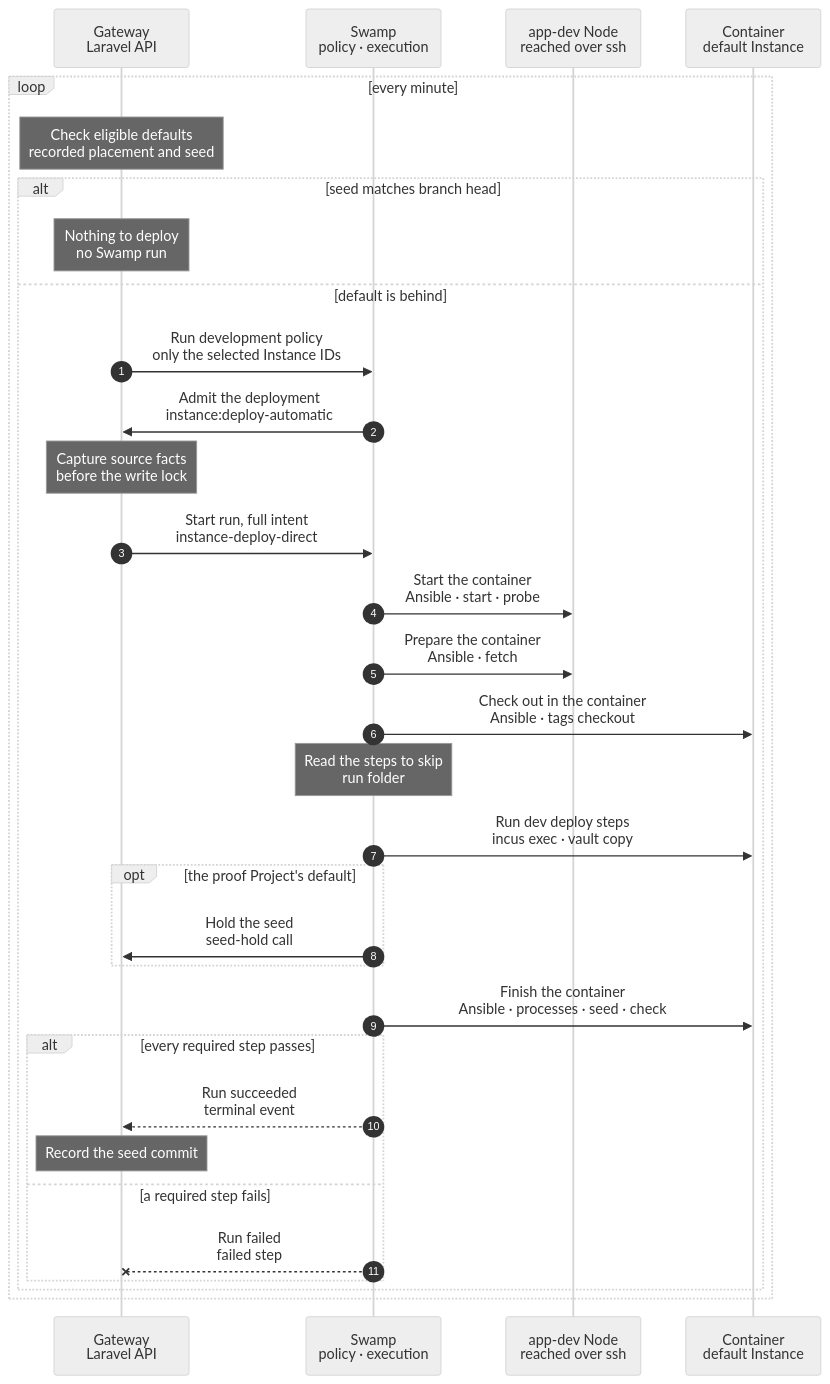
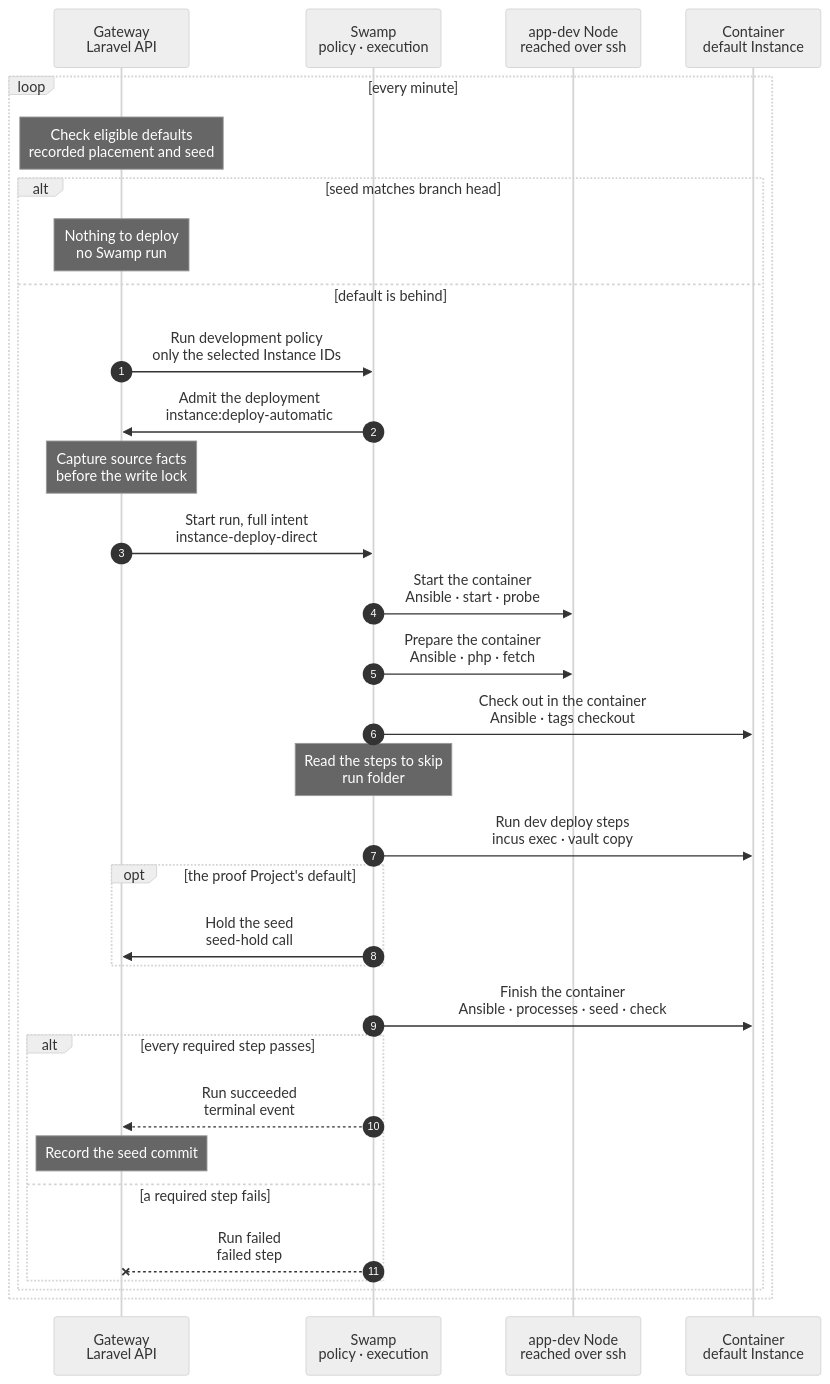
Before and after one commit to hardimpactdev/orbit: the diagram in docs/cli/instance/container/deploy-default.mmd, drawn with Mermaid (neutral theme). The commit also changed 8 other files, not shown here.

Commit message:
Probe the pinned commit against the fetched branch; apply PHP only after the seed hold

```diff
--- a/docs/cli/instance/container/deploy-default.mmd
+++ b/docs/cli/instance/container/deploy-default.mmd
@@ -36,14 +36,18 @@
   GW->>SW: Start run, full intent<br/>instance-deploy-direct
   %%> - the long steps (prepare, checkout, each dev deploy step, finish, the fleet restore) lock a Swamp behavior of this Instance on its Node, so deployments of two defaults on one Node never wait for each other; the Instance lock keeps two deployments of one default apart
   SW->>N: Start the container<br/>Ansible · start · probe
-  SW->>N: Prepare the container<br/>Ansible · fetch
   %%> What it does:
-  %%> - one play runs the phases `start` and `fetch`, in this order; a nested-fleet default runs its fleet check and first seed between them: container/fleet-refresh.mmd
+  %%> - one play runs the phases `start` and `probe`, in this order, before the seed hold; the Project's PHP waits for `php` in "Prepare the container"
+  %%> - `probe`: fetches the branch into the Node's mirror and refuses a pinned commit off its first-parent chain, as `fetch` does; then reads the workspace and decides a checkout already past the commit (docs/cli/instance/deploy.mmd)
   %%> - `start`: starts a stopped (asleep) default container; the start waits only for the units the container's boot starts: FrankenPHP and the enabled Process units; a new or newly running Process is the work of `processes`
   %%> - an older container's app account moves to the stock `www-data` (uid and gid 33) as soon as it runs, before any other command in it, by root's one swap file `/usr/local/libexec/orbit-app-user`; a moved container only reads, and a nested-fleet container keeps `orbit` and `work` for its inner fleet, with `www-data` in `work`; its older managed firewall's global reset becomes a reset of Orbit's table before the new guard is loaded, preserving the inner Incus tables
   %%> - `start` of a sleeping container (frozen or stopped by a sleep): resumes it through the power helper's `restore`, which reads the plan's pages back while frozen, consumes the plan and closes swap on each cgroup of `limits.json` that still exists, or discards the plan and boots a stopped one, then removes the asleep marker once the `start` part passed (the container runs and its units are active; no web probe), so the Route serves the app without a wake; the result records `power_state` `running`; the end of the deployment counts as activity, `deployed_recently`
   %%> - `start`, before the boot of a stopped container: the presented machine name: a stopped container gets `/etc/hostname`, `/etc/machine-info` and the `127.0.1.1` line of `/etc/hosts` through the file API before the boot, so the boot gives the kernel and T3 the name; a running or frozen container gets nothing, and nothing restarts
   %%> - `start` of a nested-fleet container also delivers the Club key: pipelined module stdin into the container's /run (a tmpfs, never a snapshot), before any check of the inner fleet; the result's `nested_fleet_club_key` is what this write did (`written`, `written_serve_not_restarted`, `unchanged`, `refused`); without a vault copy it says `missing`
+  SW->>N: Prepare the container<br/>Ansible · php · fetch
+  %%> What it does:
+  %%> - one play runs the phases `php` and `fetch`, in this order, after the seed hold; a nested-fleet default runs its fleet check and first seed between them: container/fleet-refresh.mmd
+  %%> - `php`: the Project's PHP link and settings, and a restart of the running units when the settings changed
   %%> - `fetch`: fetches into the Node's mirror and pushes the branch into the container as a bundle; the token never enters the container
   %%> - the bundle holds only what the workspace lacks: its prerequisite is the newest commit the branch shares with the workspace's HEAD, or the tip's parent when the workspace already holds the tip; a workspace whose HEAD the mirror does not hold (local commits) or that has none (a first deploy) gets the whole branch; the checkout sees the same refs as with the whole branch, so its refusals stay as they are
   %%> - a pinned commit off the branch's first-parent chain refuses `deployment.commit_not_on_branch`
```
